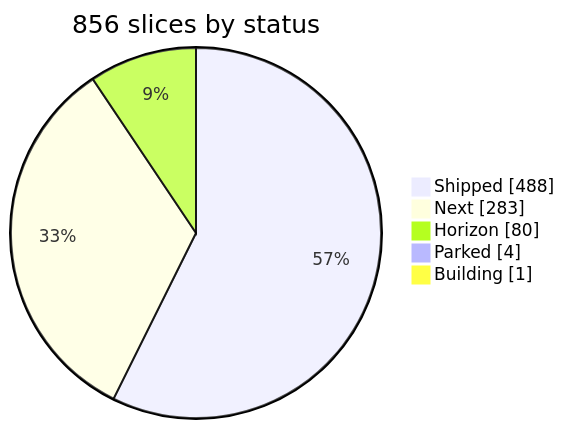
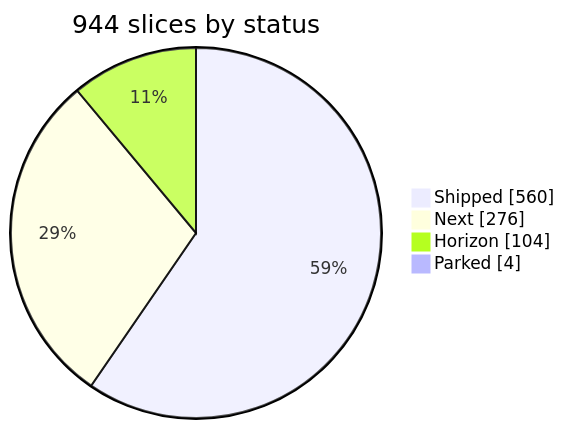
The second of 3 diagrams in vanta-website/docs/roadmap.md (jpoindexter/Vanta), drawn with Mermaid before and after one commit. The commit also changed other lines of this file and 3 other files, not shown here.

````diff
--- a/vanta-website/docs/roadmap.md
+++ b/vanta-website/docs/roadmap.md
@@ -38,9 +38,8 @@
 ```mermaid
 pie showData
-  title 856 slices by status
-  "Shipped" : 488
-  "Next" : 283
-  "Horizon" : 80
+  title 944 slices by status
+  "Shipped" : 560
+  "Next" : 276
+  "Horizon" : 104
   "Parked" : 4
-  "Building" : 1
 ```
````
